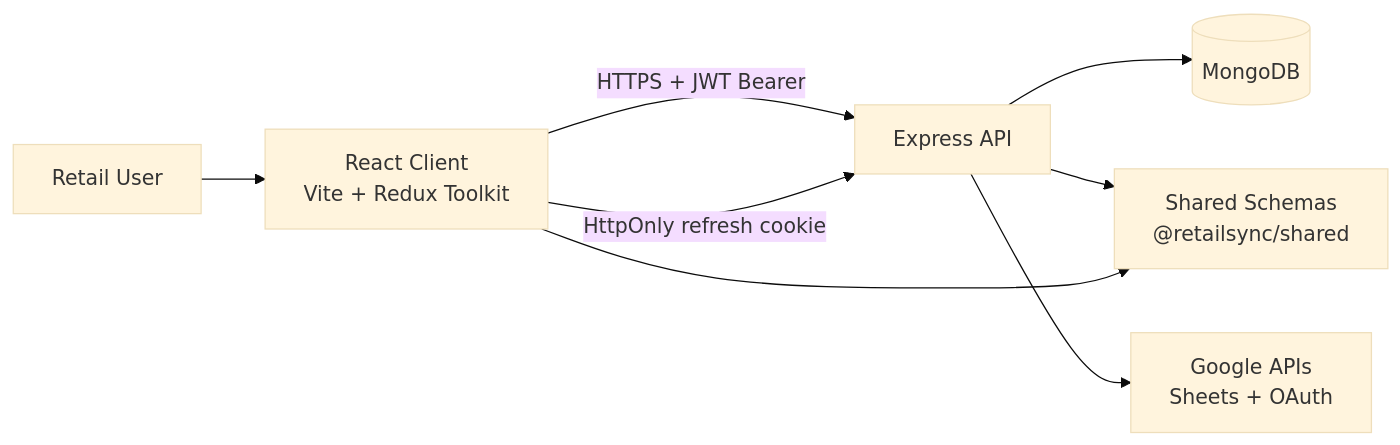
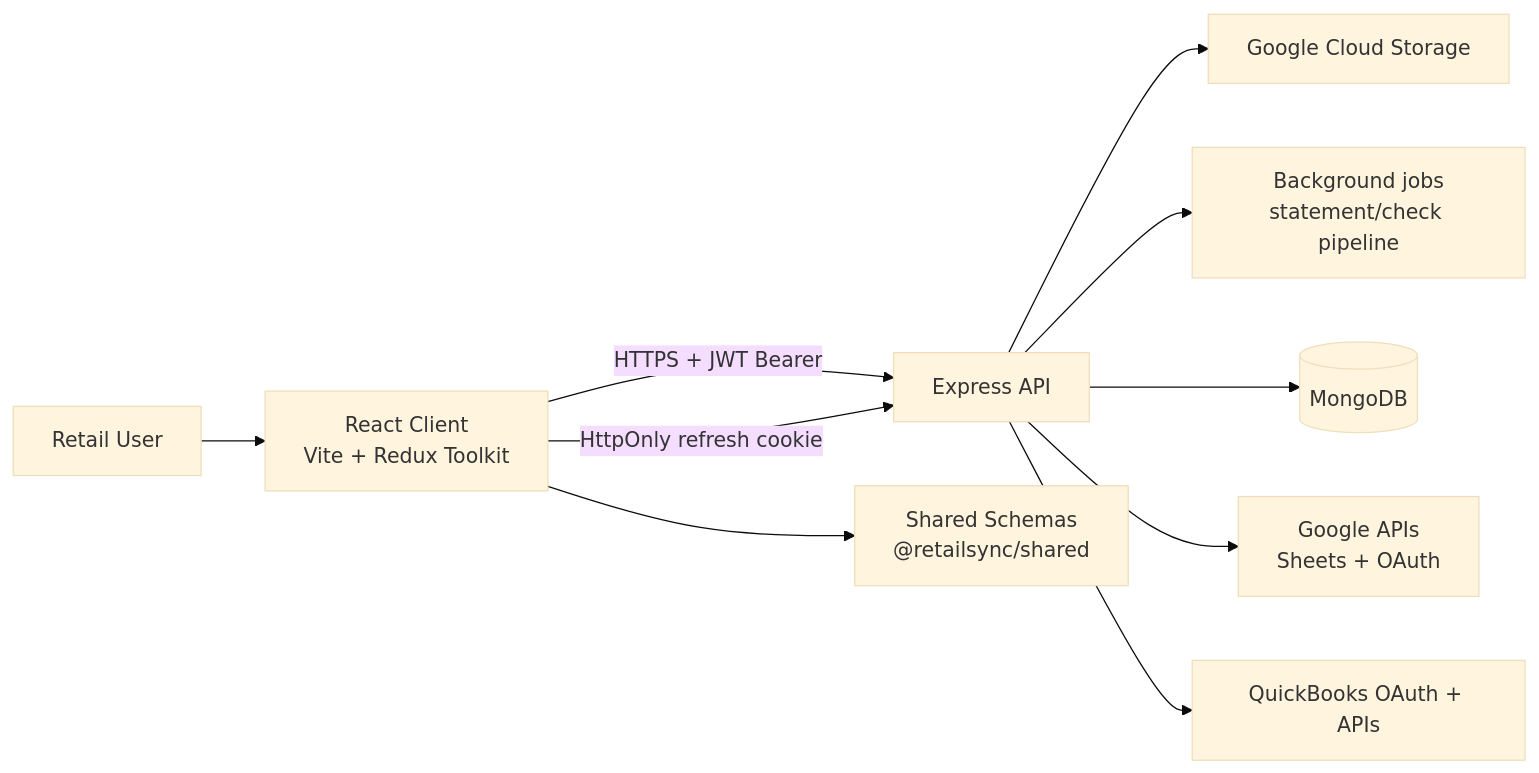
Before and after one commit to comp596-spring-2026/RetailSync: the first of 3 diagrams in docs/architecture/system-overview.md, drawn with Mermaid (base theme). The commit also changed other lines of this file and 54 other files, not shown here.

````diff
--- a/docs/architecture/system-overview.md
+++ b/docs/architecture/system-overview.md
@@ -9,10 +17,12 @@
 ```mermaid
 flowchart LR
   User["Retail User"] --> Client["React Client\nVite + Redux Toolkit"]
   Client -->|"HTTPS + JWT Bearer"| API["Express API"]
   Client -->|"HttpOnly refresh cookie"| API
+  Client --> Shared["Shared Schemas\n@retailsync/shared"]
+  API --> Storage["Google Cloud Storage"]
+  API --> Queue["Background jobs\nstatement/check pipeline"]
   API --> Mongo[("MongoDB")]
-  API --> Shared["Shared Schemas\n@retailsync/shared"]
   API --> Google["Google APIs\nSheets + OAuth"]
-  Client --> Shared
+  API --> QuickBooks["QuickBooks OAuth + APIs"]
 ```
````
